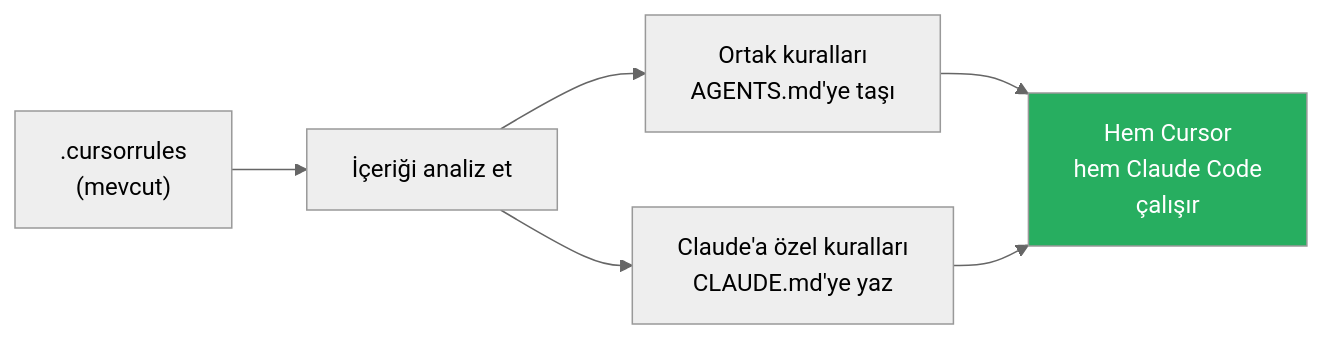
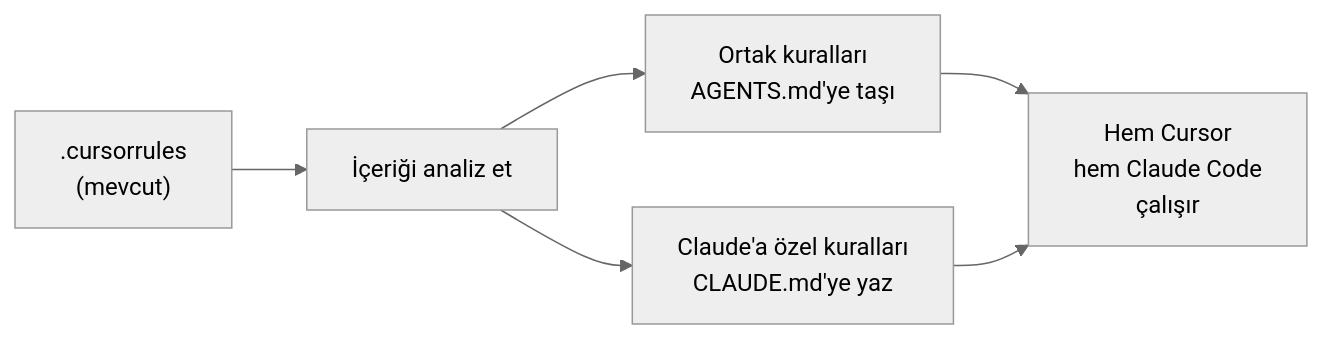
One commit to IzzetYasinAtes/ClaudeCodeHandbook changed the fourth of 5 diagrams in 09-bellek-ve-baglam/02-agents-md-ve-diger-config.md. Above: the diagram before and after it, drawn with Mermaid (neutral theme). The commit also changed other lines of this file and 97 other files, not shown here.

Commit message:
Remove all custom Mermaid style/fill colors from 98 markdown files for consistent dark theme rendering

````diff
--- a/09-bellek-ve-baglam/02-agents-md-ve-diger-config.md
+++ b/09-bellek-ve-baglam/02-agents-md-ve-diger-config.md
@@ -224,10 +219,9 @@
 ```mermaid
 flowchart LR
     CR[".cursorrules<br/>(mevcut)"] --> ANALYZE["İçeriği analiz et"]
     ANALYZE --> COMMON["Ortak kuralları<br/>AGENTS.md'ye taşı"]
     ANALYZE --> SPECIFIC["Claude'a özel kuralları<br/>CLAUDE.md'ye yaz"]
     COMMON --> RESULT["Hem Cursor<br/>hem Claude Code<br/>çalışır"]
     SPECIFIC --> RESULT
 
-    style RESULT fill:#27AE60,color:#fff
 ```
````
